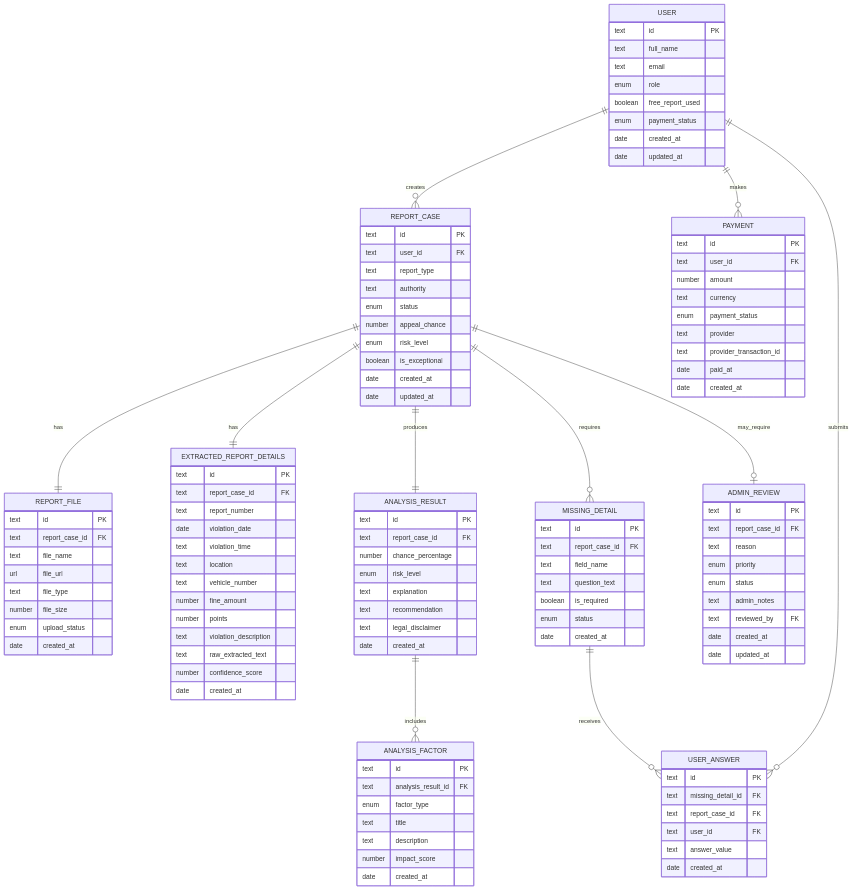
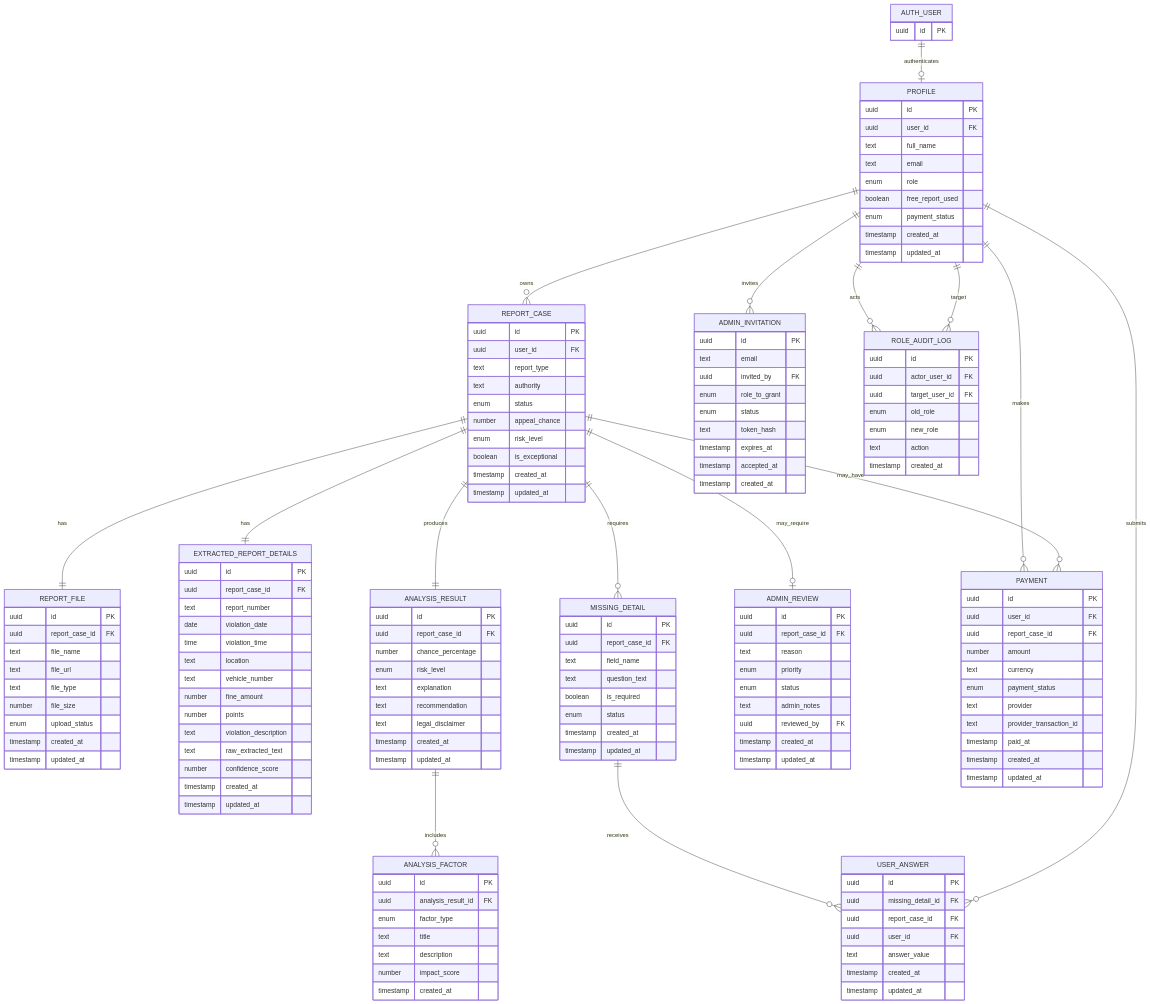
The diagram in DATA_DESIGN.md (dorch1121-lgtm/Final_Project_TicketGuard), drawn with Mermaid before and after one commit. The commit also changed other lines of this file and 20 other files, not shown here.

````diff
--- a/DATA_DESIGN.md
+++ b/DATA_DESIGN.md
@@ -203,46 +307,52 @@
 ```mermaid
 erDiagram
-  USER {
-    text id PK
+  AUTH_USER {
+    uuid id PK
+  }
+
+  PROFILE {
+    uuid id PK
+    uuid user_id FK
     text full_name
     text email
     enum role
     boolean free_report_used
     enum payment_status
-    date created_at
-    date updated_at
+    timestamp created_at
+    timestamp updated_at
   }
 
   REPORT_CASE {
-    text id PK
-    text user_id FK
+    uuid id PK
+    uuid user_id FK
     text report_type
     text authority
     enum status
     number appeal_chance
     enum risk_level
     boolean is_exceptional
-    date created_at
-    date updated_at
+    timestamp created_at
+    timestamp updated_at
   }
 
   REPORT_FILE {
-    text id PK
-    text report_case_id FK
+    uuid id PK
+    uuid report_case_id FK
     text file_name
-    url file_url
+    text file_url
     text file_type
     number file_size
     enum upload_status
-    date created_at
+    timestamp created_at
+    timestamp updated_at
   }
 
   EXTRACTED_REPORT_DETAILS {
-    text id PK
-    text report_case_id FK
+    uuid id PK
+    uuid report_case_id FK
     text report_number
     date violation_date
-    text violation_time
+    time violation_time
     text location
     text vehicle_number
     number fine_amount
@@ -250,81 +360,114 @@
     text violation_description
     text raw_extracted_text
     number confidence_score
-    date created_at
+    timestamp created_at
+    timestamp updated_at
   }
 
   MISSING_DETAIL {
-    text id PK
-    text report_case_id FK
+    uuid id PK
+    uuid report_case_id FK
     text field_name
     text question_text
     boolean is_required
     enum status
-    date created_at
+    timestamp created_at
+    timestamp updated_at
   }
 
   USER_ANSWER {
-    text id PK
-    text missing_detail_id FK
-    text report_case_id FK
-    text user_id FK
+    uuid id PK
+    uuid missing_detail_id FK
+    uuid report_case_id FK
+    uuid user_id FK
     text answer_value
-    date created_at
+    timestamp created_at
+    timestamp updated_at
   }
 
   ANALYSIS_RESULT {
-    text id PK
-    text report_case_id FK
+    uuid id PK
+    uuid report_case_id FK
     number chance_percentage
     enum risk_level
     text explanation
     text recommendation
     text legal_disclaimer
-    date created_at
+    timestamp created_at
+    timestamp updated_at
   }
 
   ANALYSIS_FACTOR {
-    text id PK
-    text analysis_result_id FK
+    uuid id PK
+    uuid analysis_result_id FK
     enum factor_type
     text title
     text description
     number impact_score
-    date created_at
+    timestamp created_at
   }
 
   ADMIN_REVIEW {
-    text id PK
-    text report_case_id FK
+    uuid id PK
+    uuid report_case_id FK
     text reason
     enum priority
     enum status
     text admin_notes
-    text reviewed_by FK
-    date created_at
-    date updated_at
+    uuid reviewed_by FK
+    timestamp created_at
+    timestamp updated_at
   }
 
   PAYMENT {
-    text id PK
-    text user_id FK
+    uuid id PK
+    uuid user_id FK
+    uuid report_case_id FK
     number amount
     text currency
     enum payment_status
     text provider
     text provider_transaction_id
-    date paid_at
-    date created_at
+    timestamp paid_at
+    timestamp created_at
+    timestamp updated_at
   }
 
-  USER ||--o{ REPORT_CASE : creates
+  ADMIN_INVITATION {
+    uuid id PK
+    text email
+    uuid invited_by FK
+    enum role_to_grant
+    enum status
+    text token_hash
+    timestamp expires_at
+    timestamp accepted_at
+    timestamp created_at
+  }
+
+  ROLE_AUDIT_LOG {
+    uuid id PK
+    uuid actor_user_id FK
+    uuid target_user_id FK
+    enum old_role
+    enum new_role
+    text action
+    timestamp created_at
+  }
+
+  AUTH_USER ||--o| PROFILE : authenticates
+  PROFILE ||--o{ REPORT_CASE : owns
   REPORT_CASE ||--|| REPORT_FILE : has
   REPORT_CASE ||--|| EXTRACTED_REPORT_DETAILS : has
   REPORT_CASE ||--o{ MISSING_DETAIL : requires
   MISSING_DETAIL ||--o{ USER_ANSWER : receives
-  USER ||--o{ USER_ANSWER : submits
+  PROFILE ||--o{ USER_ANSWER : submits
   REPORT_CASE ||--|| ANALYSIS_RESULT : produces
   ANALYSIS_RESULT ||--o{ ANALYSIS_FACTOR : includes
   REPORT_CASE ||--o| ADMIN_REVIEW : may_require
-  USER ||--o{ PAYMENT : makes
+  PROFILE ||--o{ PAYMENT : makes
+  REPORT_CASE ||--o{ PAYMENT : may_have
+  PROFILE ||--o{ ADMIN_INVITATION : invites
+  PROFILE ||--o{ ROLE_AUDIT_LOG : acts
+  PROFILE ||--o{ ROLE_AUDIT_LOG : target
 ```
````
